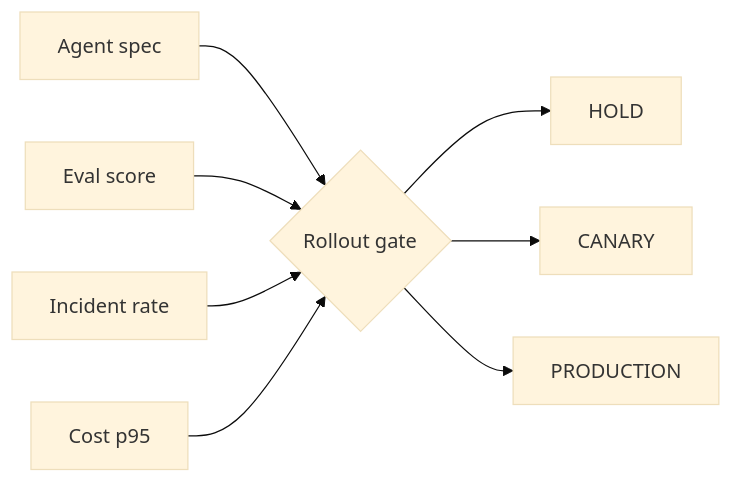
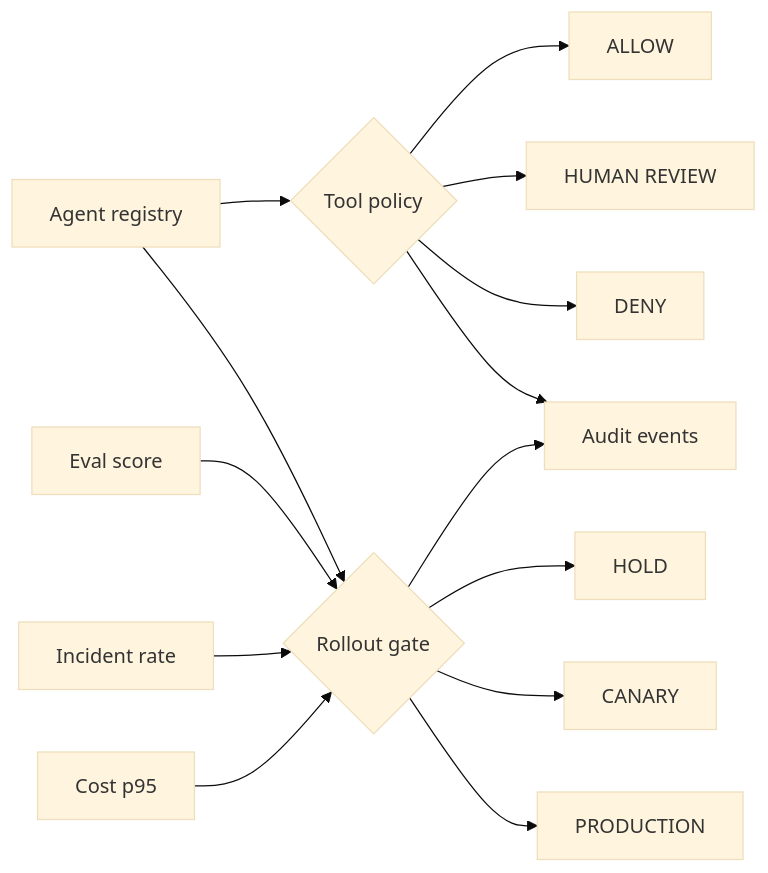
The diagram in projects/agentic-product-control-plane/README.md (AshIntelligence/agenticmine), drawn with Mermaid (base theme) before and after one commit. The commit also changed other lines of this file, not shown here.

Commit message:
Document control-plane policy boundaries

````diff
--- a/projects/agentic-product-control-plane/README.md
+++ b/projects/agentic-product-control-plane/README.md
@@ -13,10 +27,18 @@
 ```mermaid
 flowchart LR
-  A[Agent spec] --> G{Rollout gate}
+  R[Agent registry] --> T{Tool policy}
+  T --> A[ALLOW]
+  T --> H[HUMAN REVIEW]
+  T --> D[DENY]
+
+  R --> G{Rollout gate}
   E[Eval score] --> G
   I[Incident rate] --> G
   C[Cost p95] --> G
-  G --> H[HOLD]
+  G --> X[HOLD]
   G --> Y[CANARY]
   G --> P[PRODUCTION]
+
+  T --> O[Audit events]
+  G --> O
 ```
````
